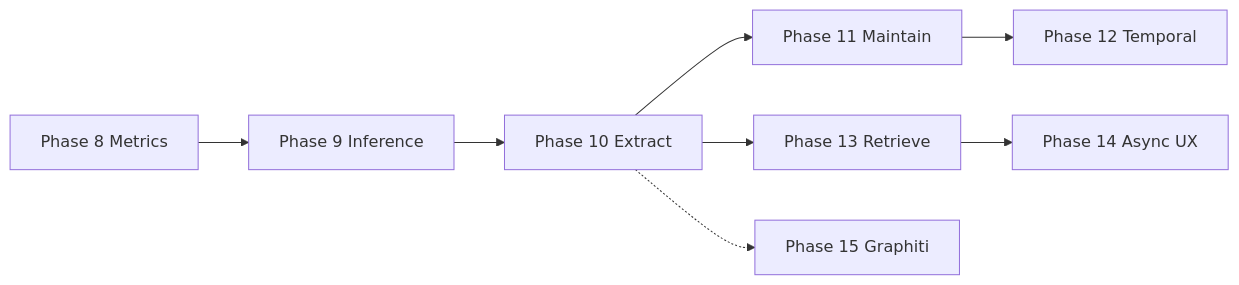
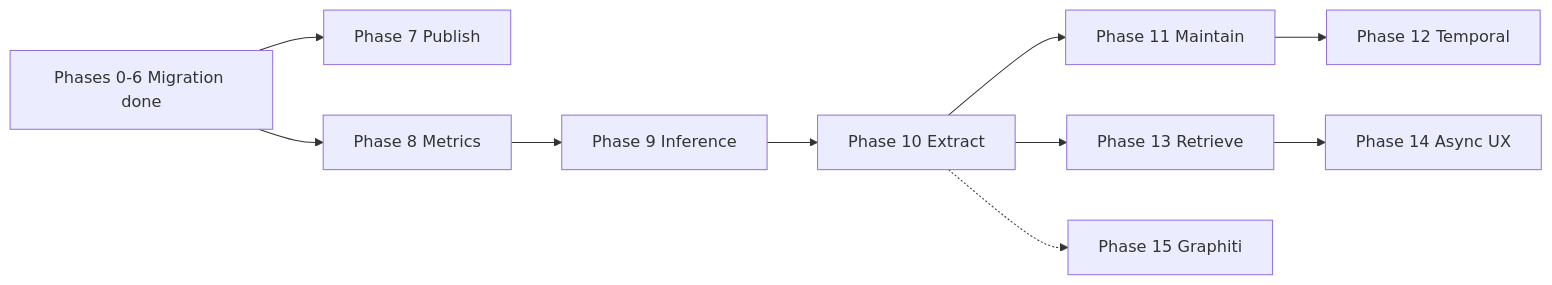
Before and after one commit to laguileraab/MiroFish-Offline: the diagram in docs/ZEP_STYLE_MEMORY_ROADMAP.md, drawn with Mermaid. The commit also changed other lines of this file and 32 other files, not shown here.

First line of the commit message:
checkpoint: Neo4j memory roadmap through Phase 14 (pre-Graphiti)

````diff
--- a/docs/ZEP_STYLE_MEMORY_ROADMAP.md
+++ b/docs/ZEP_STYLE_MEMORY_ROADMAP.md
@@ -113,16 +150,20 @@
 ```mermaid
 flowchart LR
+  M[Phases 0-6 Migration done]
+  P7[Phase 7 Publish]
   P8[Phase 8 Metrics]
   P9[Phase 9 Inference]
   P10[Phase 10 Extract]
   P11[Phase 11 Maintain]
   P12[Phase 12 Temporal]
   P13[Phase 13 Retrieve]
   P14[Phase 14 Async UX]
   P15[Phase 15 Graphiti]
+  M --> P7
+  M --> P8
   P8 --> P9 --> P10 --> P11
   P10 --> P13
   P11 --> P12
   P13 --> P14
   P10 -.-> P15
 ```
````
